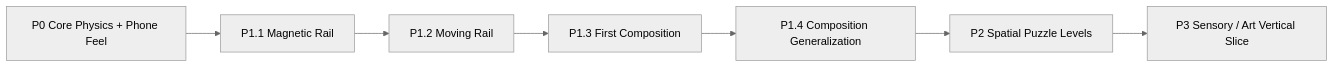
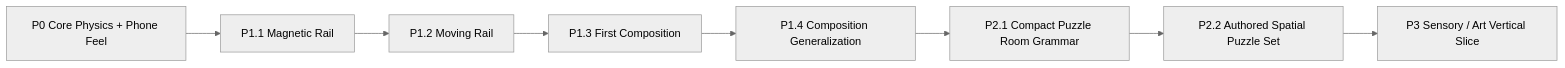
Before and after one commit to zeroLR/2D-game-playground: the diagram in docs/plans/inner-rail/ROADMAP.md, drawn with Mermaid (neutral theme). The commit also changed other lines of this file, not shown here.

````diff
--- a/docs/plans/inner-rail/ROADMAP.md
+++ b/docs/plans/inner-rail/ROADMAP.md
@@ -7,9 +7,10 @@
 ```mermaid
 flowchart LR
     P0[P0 Core Physics + Phone Feel] --> P11[P1.1 Magnetic Rail]
     P11 --> P12[P1.2 Moving Rail]
     P12 --> P13[P1.3 First Composition]
     P13 --> P14[P1.4 Composition Generalization]
-    P14 --> P2[P2 Spatial Puzzle Levels]
-    P2 --> P3[P3 Sensory / Art Vertical Slice]
+    P14 --> P21[P2.1 Compact Puzzle Room Grammar]
+    P21 --> P22[P2.2 Authored Spatial Puzzle Set]
+    P22 --> P3[P3 Sensory / Art Vertical Slice]
 ```
````
